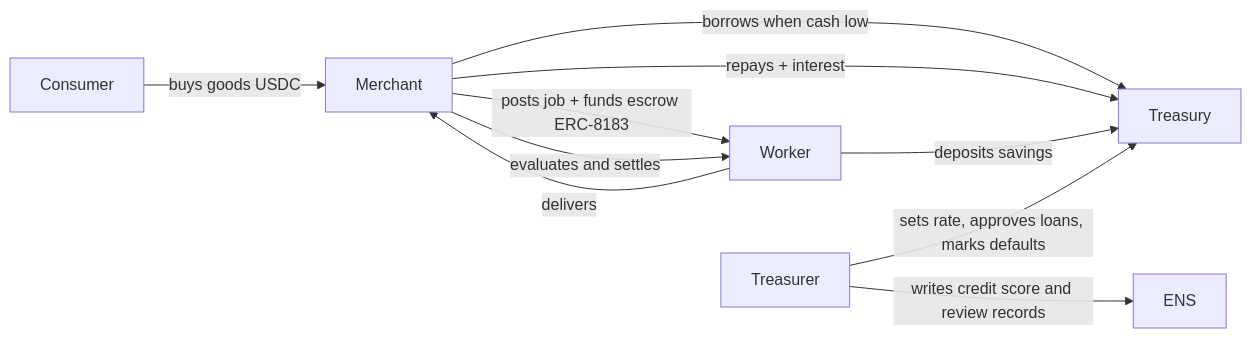
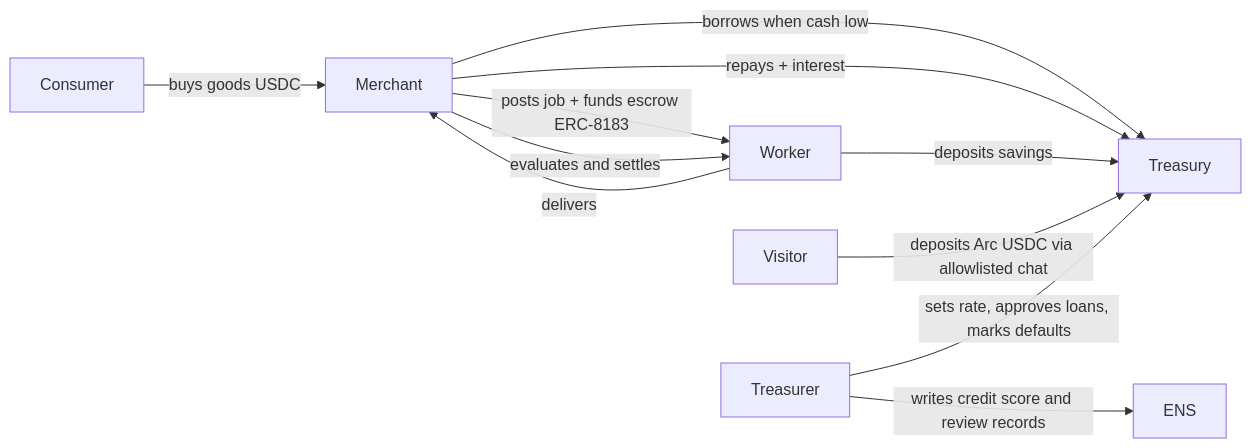
The diagram in docs/PRD.md (kenjohnscreates/agent-economy), drawn with Mermaid before and after one commit. The commit also changed other lines of this file and 31 other files, not shown here.

First line of the commit message:
M9.6: visitor agent — name, fund, deposit chat (#61)

````diff
--- a/docs/PRD.md
+++ b/docs/PRD.md
@@ -57,12 +67,13 @@
 ```mermaid
 flowchart LR
   Consumer -->|buys goods USDC| Merchant
   Merchant -->|posts job + funds escrow ERC-8183| Worker
   Worker -->|delivers| Merchant
   Merchant -->|evaluates and settles| Worker
   Merchant -->|borrows when cash low| Treasury
   Merchant -->|repays + interest| Treasury
   Worker -->|deposits savings| Treasury
+  Visitor -->|deposits Arc USDC via allowlisted chat| Treasury
   Treasurer -->|sets rate, approves loans, marks defaults| Treasury
   Treasurer -->|writes credit score and review records| ENS
 ```
````
